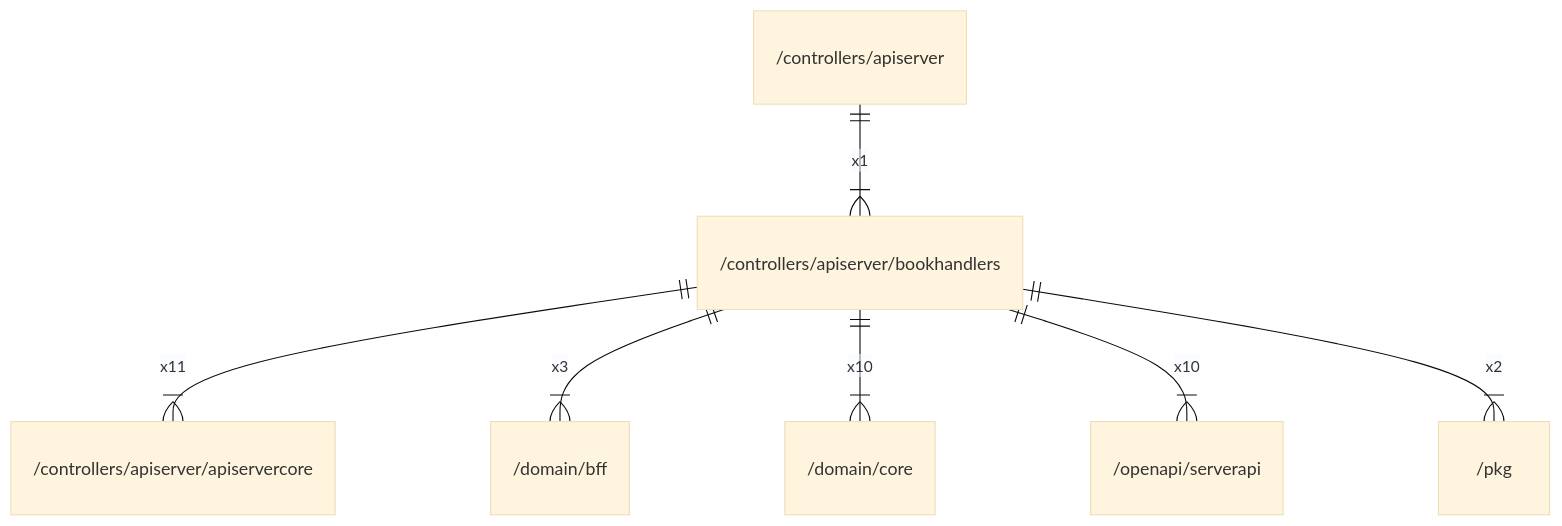
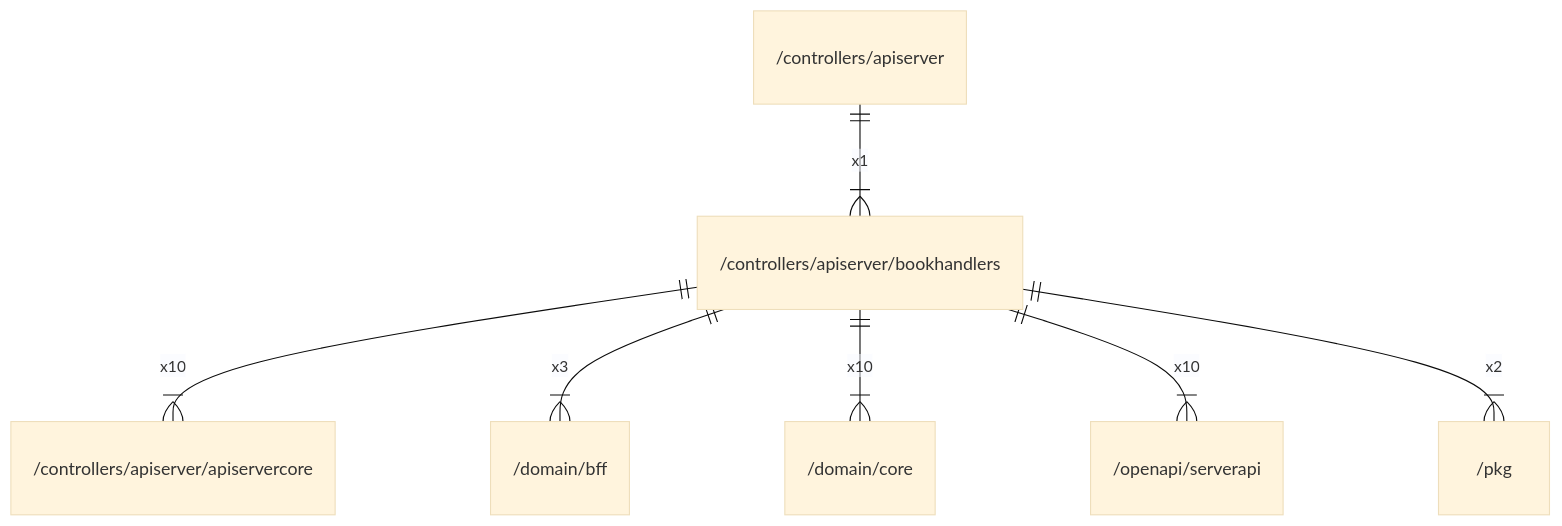
The diagram in docs/arch/controllers/apiserver/bookhandlers.md (gbh007/hgraber-next), drawn with Mermaid (base theme) before and after one commit. The commit also changed other lines of this file and 98 other files, not shown here.

````diff
--- a/docs/arch/controllers/apiserver/bookhandlers.md
+++ b/docs/arch/controllers/apiserver/bookhandlers.md
@@ -29,9 +42,9 @@
 ```mermaid
 erDiagram
     "/controllers/apiserver" ||--|{ "/controllers/apiserver/bookhandlers" : x1
-    "/controllers/apiserver/bookhandlers" ||--|{ "/controllers/apiserver/apiservercore" : x11
+    "/controllers/apiserver/bookhandlers" ||--|{ "/controllers/apiserver/apiservercore" : x10
     "/controllers/apiserver/bookhandlers" ||--|{ "/domain/bff" : x3
     "/controllers/apiserver/bookhandlers" ||--|{ "/domain/core" : x10
     "/controllers/apiserver/bookhandlers" ||--|{ "/openapi/serverapi" : x10
     "/controllers/apiserver/bookhandlers" ||--|{ "/pkg" : x2
 ```
````
